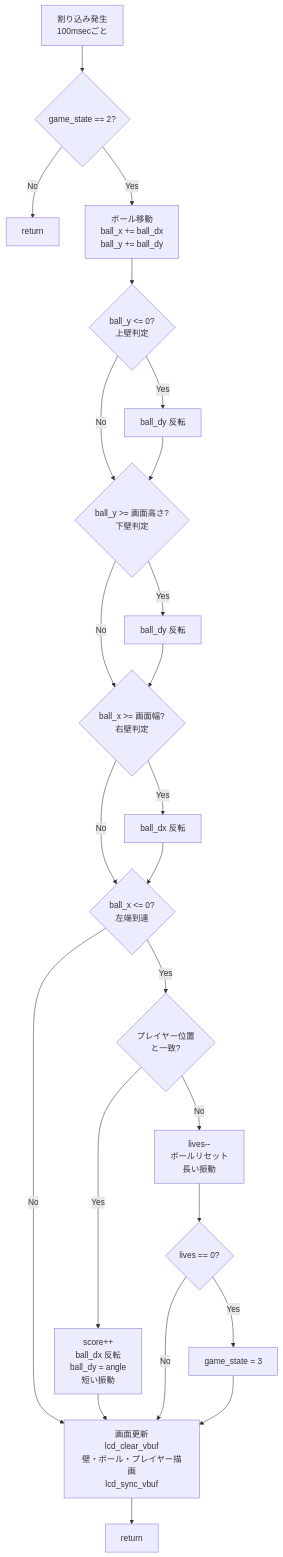
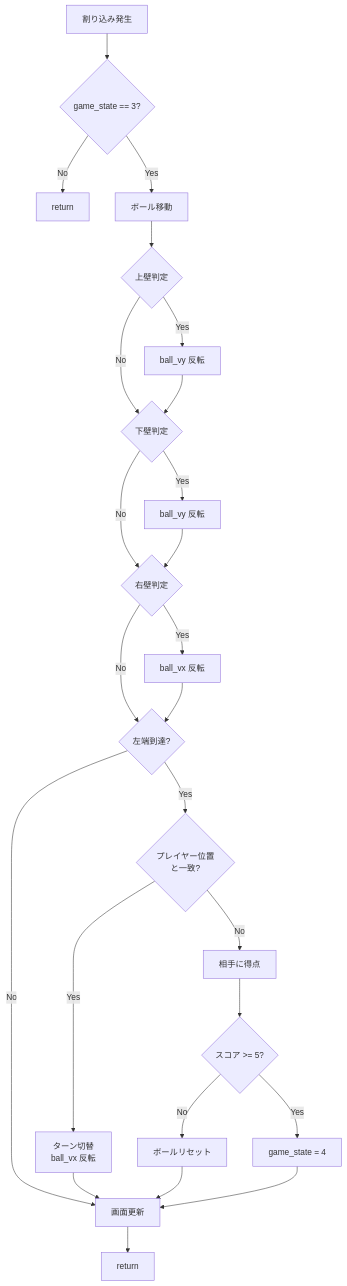
Before and after one commit to Kenyan822/MP: the third of 5 diagrams in docs/仕様書.md, drawn with Mermaid. The commit also changed other lines of this file and 4 other files, not shown here.

````diff
--- a/docs/仕様書.md
+++ b/docs/仕様書.md
@@ -382,37 +278,38 @@
 ```mermaid
 flowchart TD
-    START[割り込み発生<br>100msecごと] --> CHECK{game_state == 2?}
+    START[割り込み発生] --> CHECK{game_state == 3?}
     CHECK -->|No| END1[return]
-    CHECK -->|Yes| MOVE[ボール移動<br>ball_x += ball_dx<br>ball_y += ball_dy]
-    
-    MOVE --> WALL_TOP{ball_y <= 0?<br>上壁判定}
-    WALL_TOP -->|Yes| REFLECT_TOP[ball_dy 反転]
+    CHECK -->|Yes| MOVE[ボール移動]
+
+    MOVE --> WALL_TOP{上壁判定}
+    WALL_TOP -->|Yes| REFLECT_TOP[ball_vy 反転]
     WALL_TOP -->|No| WALL_BOTTOM
     REFLECT_TOP --> WALL_BOTTOM
-    
-    WALL_BOTTOM{ball_y >= 画面高さ?<br>下壁判定}
-    WALL_BOTTOM -->|Yes| REFLECT_BOTTOM[ball_dy 反転]
+
+    WALL_BOTTOM{下壁判定}
+    WALL_BOTTOM -->|Yes| REFLECT_BOTTOM[ball_vy 反転]
     WALL_BOTTOM -->|No| WALL_RIGHT
     REFLECT_BOTTOM --> WALL_RIGHT
-    
-    WALL_RIGHT{ball_x >= 画面幅?<br>右壁判定}
-    WALL_RIGHT -->|Yes| REFLECT_RIGHT[ball_dx 反転]
+
+    WALL_RIGHT{右壁判定}
+    WALL_RIGHT -->|Yes| REFLECT_RIGHT[ball_vx 反転]
     WALL_RIGHT -->|No| LEFT_END
     REFLECT_RIGHT --> LEFT_END
-    
-    LEFT_END{ball_x <= 0?<br>左端到達}
+
+    LEFT_END{左端到達?}
     LEFT_END -->|No| DRAW
     LEFT_END -->|Yes| HIT{プレイヤー位置<br>と一致?}
-    
-    HIT -->|Yes| HIT_PROC[score++<br>ball_dx 反転<br>ball_dy = angle<br>短い振動]
+
+    HIT -->|Yes| HIT_PROC[ターン切替<br>ball_vx 反転]
     HIT_PROC --> DRAW
-    
-    HIT -->|No| MISS[lives--<br>ボールリセット<br>長い振動]
-    MISS --> LIVES_CHECK{lives == 0?}
-    LIVES_CHECK -->|Yes| GAMEOVER[game_state = 3]
-    LIVES_CHECK -->|No| DRAW
+
+    HIT -->|No| MISS[相手に得点]
+    MISS --> SCORE_CHECK{スコア >= 5?}
+    SCORE_CHECK -->|Yes| GAMEOVER[game_state = 4]
+    SCORE_CHECK -->|No| RESET[ボールリセット]
+    RESET --> DRAW
     GAMEOVER --> DRAW
-    
-    DRAW[画面更新<br>lcd_clear_vbuf<br>壁・ボール・プレイヤー描画<br>lcd_sync_vbuf]
+
+    DRAW[画面更新]
     DRAW --> END2[return]
 ```
````
